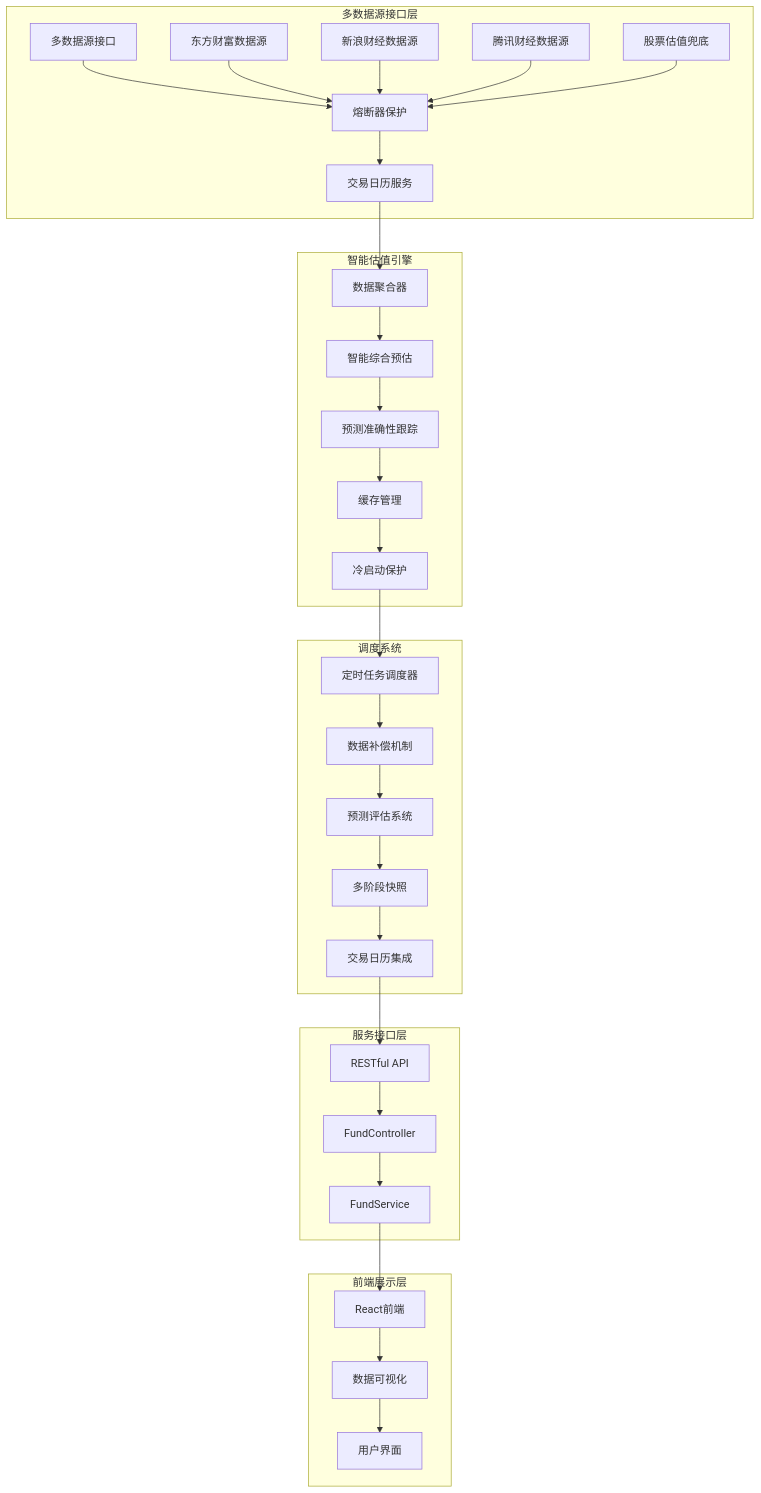
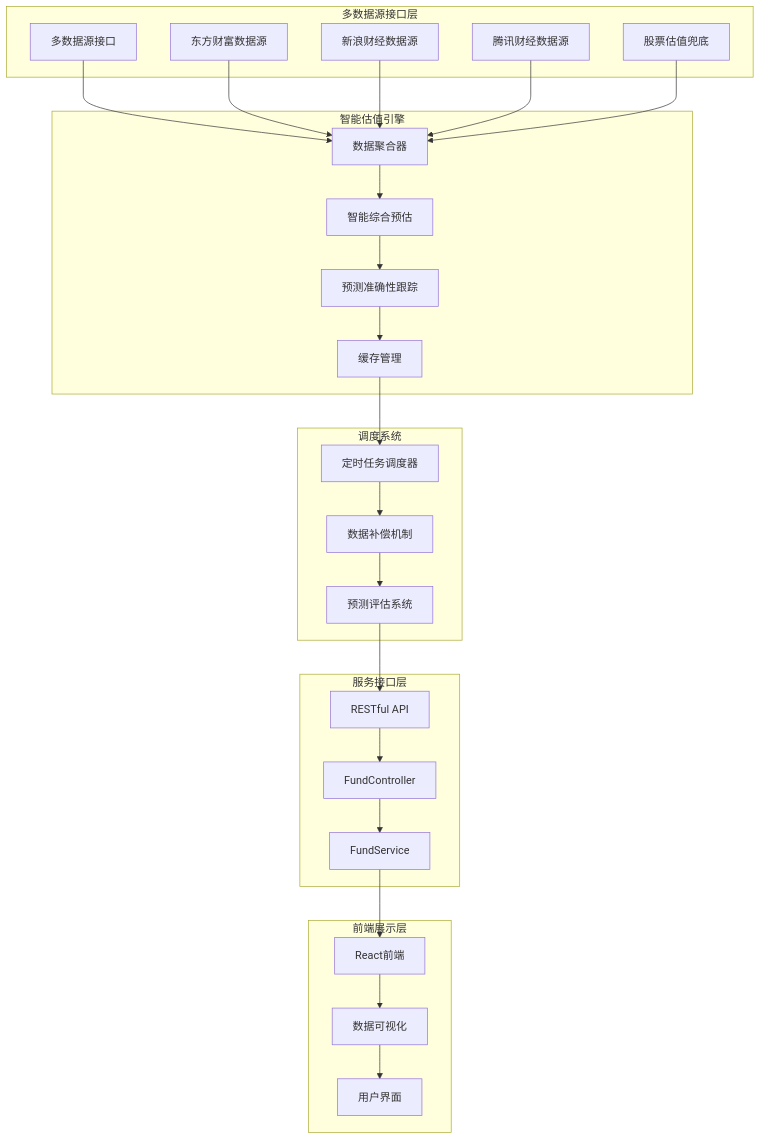
One commit to gree-coder/fund-butler changed the first of 23 diagrams in .qoder/repowiki/zh/content/核心功能开发/多源基金估值系统.md. Above: the diagram before and after it, drawn with Mermaid. The commit also changed other lines of this file and 21 other files, not shown here.

````diff
--- a/.qoder/repowiki/zh/content/核心功能开发/多源基金估值系统.md
+++ b/.qoder/repowiki/zh/content/核心功能开发/多源基金估值系统.md
@@ -78,58 +74,48 @@
 ```mermaid
 graph TB
 subgraph "多数据源接口层"
 A[多数据源接口]
 B[东方财富数据源]
 C[新浪财经数据源]
 D[腾讯财经数据源]
 E[股票估值兜底]
-F[熔断器保护]
-G[交易日历服务]
 end
 subgraph "智能估值引擎"
-H[数据聚合器]
-I[智能综合预估]
-J[预测准确性跟踪]
-K[缓存管理]
-L[冷启动保护]
+F[数据聚合器]
+G[智能综合预估]
+H[预测准确性跟踪]
+I[缓存管理]
 end
 subgraph "调度系统"
-M[定时任务调度器]
-N[数据补偿机制]
-O[预测评估系统]
-P[多阶段快照]
-Q[交易日历集成]
+J[定时任务调度器]
+K[数据补偿机制]
+L[预测评估系统]
 end
 subgraph "服务接口层"
-R[RESTful API]
-S[FundController]
-T[FundService]
+M[RESTful API]
+N[FundController]
+O[FundService]
 end
 subgraph "前端展示层"
-U[React前端]
-V[数据可视化]
-W[用户界面]
+P[React前端]
+Q[数据可视化]
+R[用户界面]
 end
 A --> F
 B --> F
 C --> F
 D --> F
 E --> F
 F --> G
 G --> H
 H --> I
 I --> J
 J --> K
 K --> L
 L --> M
 M --> N
 N --> O
 O --> P
 P --> Q
 Q --> R
-R --> S
-S --> T
-T --> U
-U --> V
-V --> W
 ```
````
